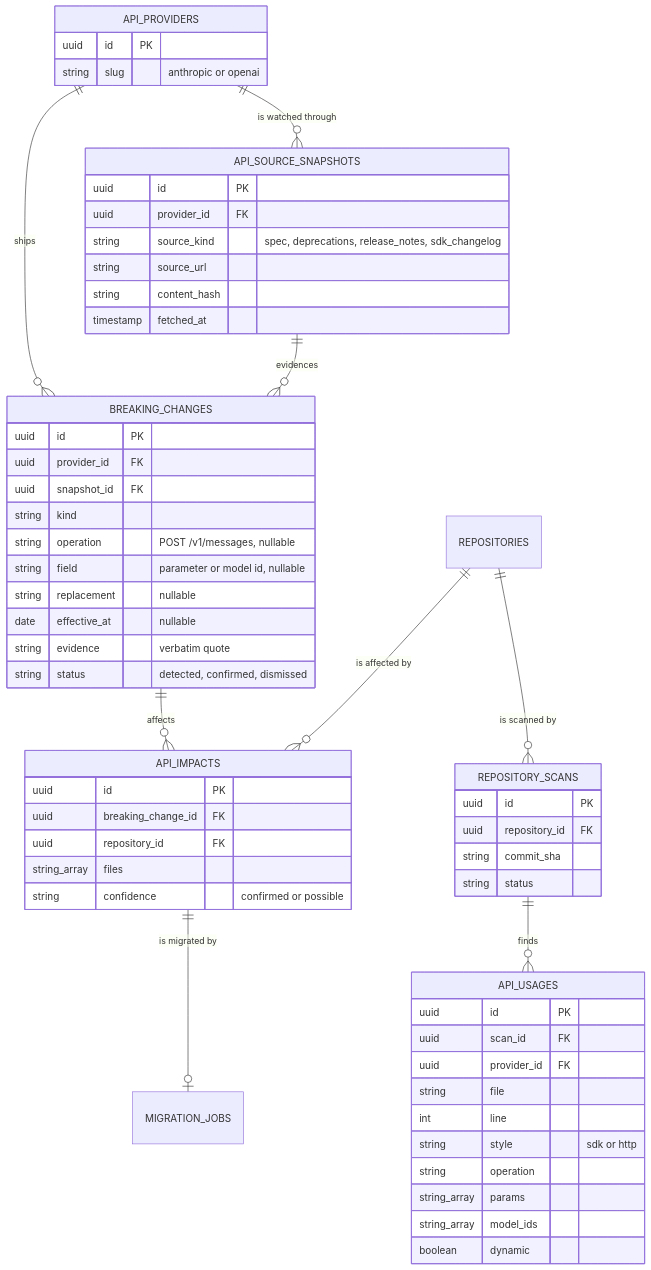
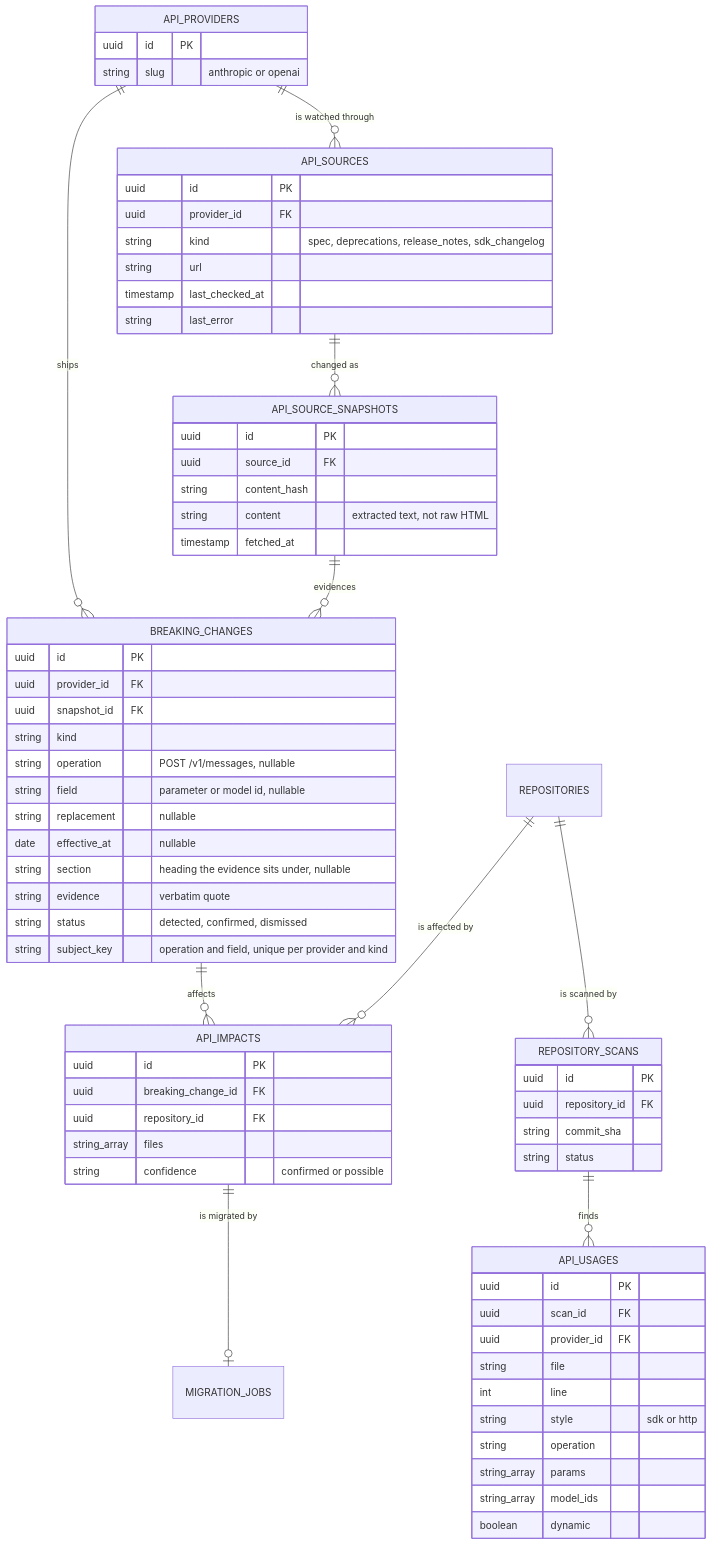
One commit to kiet08hogit/SyncLab changed the diagram in infra/Architecture/05 - Self-Maintaining API.md. Above: the diagram before and after it, drawn with Mermaid. The commit also changed other lines of this file and 24 other files, not shown here.

````diff
--- a/infra/Architecture/05 - Self-Maintaining API.md
+++ b/infra/Architecture/05 - Self-Maintaining API.md
@@ -77,61 +79,71 @@
 ```mermaid
 erDiagram
     REPOSITORIES ||--o{ REPOSITORY_SCANS : "is scanned by"
     REPOSITORY_SCANS ||--o{ API_USAGES : "finds"
-    API_PROVIDERS ||--o{ API_SOURCE_SNAPSHOTS : "is watched through"
+    API_PROVIDERS ||--o{ API_SOURCES : "is watched through"
+    API_SOURCES ||--o{ API_SOURCE_SNAPSHOTS : "changed as"
     API_PROVIDERS ||--o{ BREAKING_CHANGES : "ships"
     API_SOURCE_SNAPSHOTS ||--o{ BREAKING_CHANGES : "evidences"
     BREAKING_CHANGES ||--o{ API_IMPACTS : "affects"
     REPOSITORIES ||--o{ API_IMPACTS : "is affected by"
     API_IMPACTS ||--o| MIGRATION_JOBS : "is migrated by"
 
     API_PROVIDERS {
         uuid id PK
         string slug "anthropic or openai"
     }
+    API_SOURCES {
+        uuid id PK
+        uuid provider_id FK
+        string kind "spec, deprecations, release_notes, sdk_changelog"
+        string url
+        timestamp last_checked_at
+        string last_error
+    }
     API_SOURCE_SNAPSHOTS {
         uuid id PK
-        uuid provider_id FK
-        string source_kind "spec, deprecations, release_notes, sdk_changelog"
-        string source_url
+        uuid source_id FK
         string content_hash
+        string content "extracted text, not raw HTML"
         timestamp fetched_at
     }
     BREAKING_CHANGES {
         uuid id PK
         uuid provider_id FK
         uuid snapshot_id FK
         string kind
         string operation "POST /v1/messages, nullable"
         string field "parameter or model id, nullable"
         string replacement "nullable"
         date effective_at "nullable"
+        string section "heading the evidence sits under, nullable"
         string evidence "verbatim quote"
         string status "detected, confirmed, dismissed"
+        string subject_key "operation and field, unique per provider and kind"
     }
     REPOSITORY_SCANS {
         uuid id PK
         uuid repository_id FK
         string commit_sha
         string status
     }
     API_USAGES {
         uuid id PK
         uuid scan_id FK
         uuid provider_id FK
         string file
         int line
         string style "sdk or http"
         string operation
         string_array params
         string_array model_ids
         boolean dynamic
     }
     API_IMPACTS {
         uuid id PK
         uuid breaking_change_id FK
         uuid repository_id FK
         string_array files
         string confidence "confirmed or possible"
     }
 ```
````
